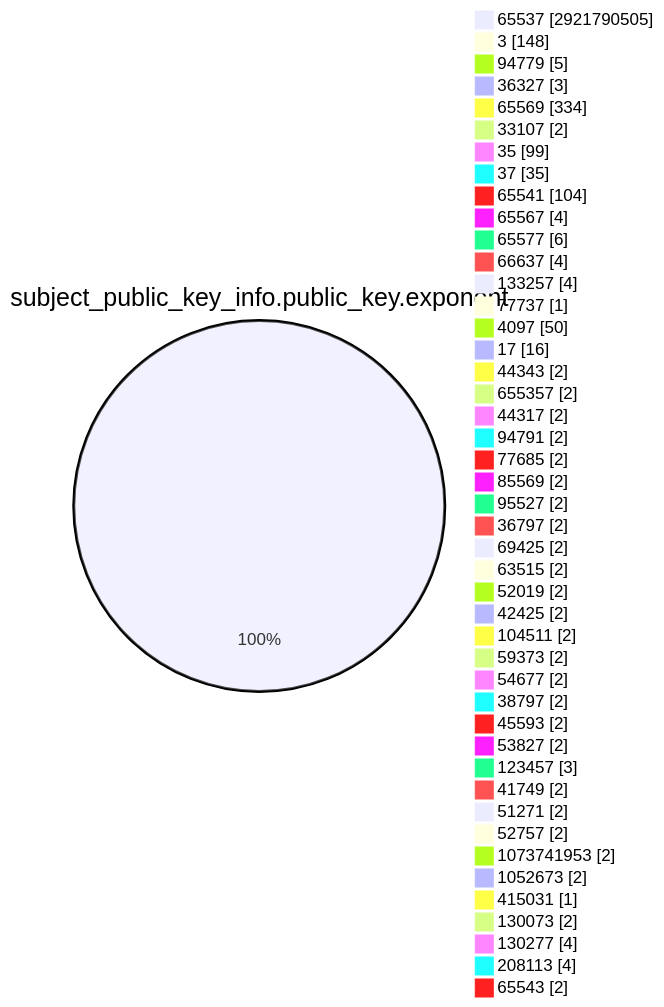
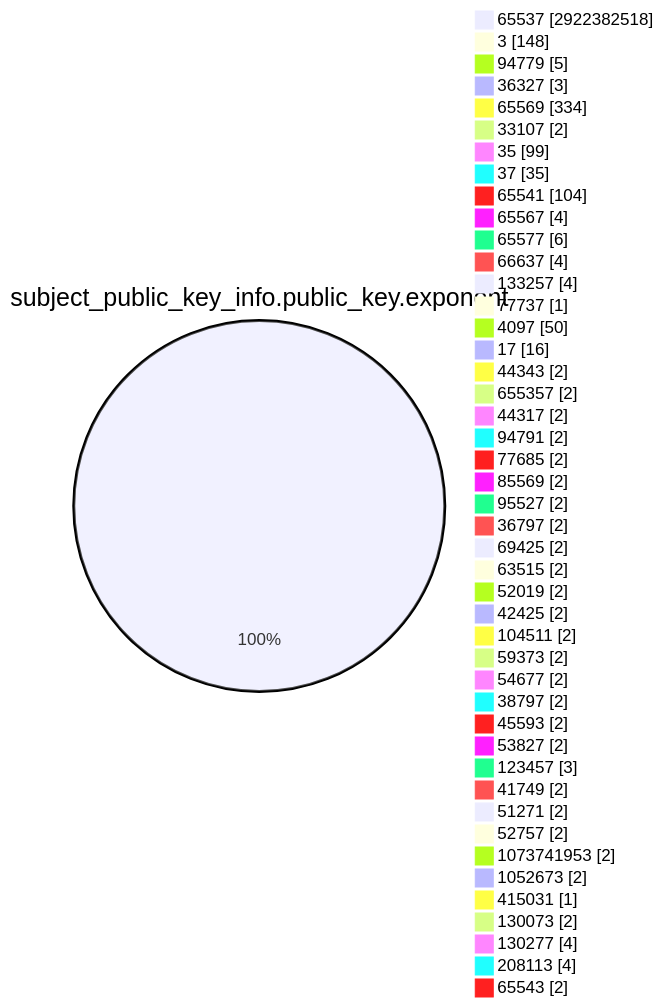
Before and after one commit to christiankrug/ctmonitor_visualization: the fourth of 15 diagrams in TOTAL/README.md, drawn with Mermaid. The commit also changed other lines of this file, not shown here.

````diff
--- a/TOTAL/README.md
+++ b/TOTAL/README.md
@@ -1469,49 +1469,49 @@
 ```mermaid
 pie showData
 title subject_public_key_info.public_key.exponent
-"65537" :2921790505
+"65537" :2922382518
 "3" :148
 "94779" :5
 "36327" :3
 "65569" :334
 "33107" :2
 "35" :99
 "37" :35
 "65541" :104
 "65567" :4
 "65577" :6
 "66637" :4
 "133257" :4
 "77737" :1
 "4097" :50
 "17" :16
 "44343" :2
 "655357" :2
 "44317" :2
 "94791" :2
 "77685" :2
 "85569" :2
 "95527" :2
 "36797" :2
 "69425" :2
 "63515" :2
 "52019" :2
 "42425" :2
 "104511" :2
 "59373" :2
 "54677" :2
 "38797" :2
 "45593" :2
 "53827" :2
 "123457" :3
 "41749" :2
 "51271" :2
 "52757" :2
 "1073741953" :2
 "1052673" :2
 "415031" :1
 "130073" :2
 "130277" :4
 "208113" :4
 "65543" :2
 ```
````
